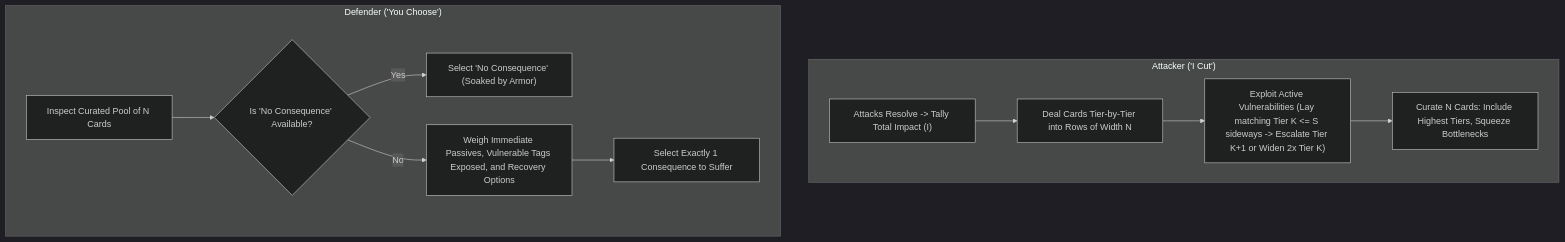
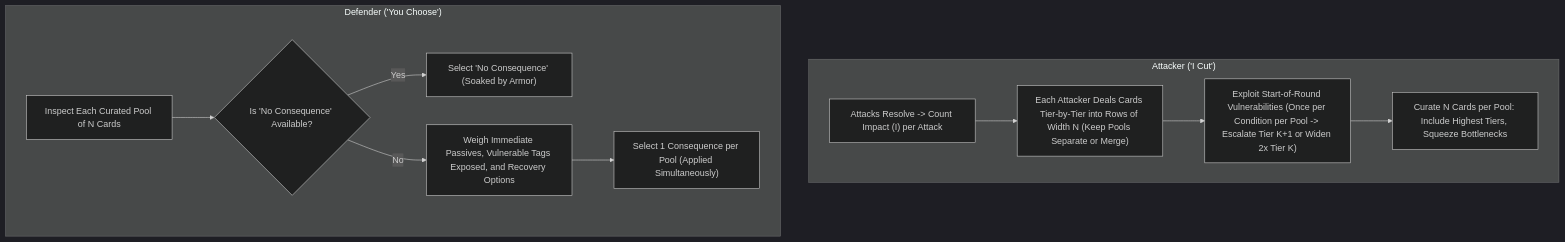
Before and after one commit to tdimiduk/cardpg: the diagram in design/iteration/resolution/candidates/consequence-pool-tag-escalation/players-guide-patch.md, drawn with Mermaid (dark theme). The commit also changed other lines of this file and 4 other files, not shown here.

````diff
--- a/design/iteration/resolution/candidates/consequence-pool-tag-escalation/players-guide-patch.md
+++ b/design/iteration/resolution/candidates/consequence-pool-tag-escalation/players-guide-patch.md
@@ -117,15 +116,15 @@
 ```mermaid
 flowchart TD
     subgraph Attacker Decision ["Attacker ('I Cut')"]
-        A1["Attacks Resolve -> Tally Total Impact (I)"] --> A2["Deal Cards Tier-by-Tier into Rows of Width N"]
-        A2 --> A3["Exploit Active Vulnerabilities (Lay matching Tier K <= S sideways -> Escalate Tier K+1 or Widen 2x Tier K)"]
-        A3 --> A4["Curate N Cards: Include Highest Tiers, Squeeze Bottlenecks"]
+        A1["Attacks Resolve -> Count Impact (I) per Attack"] --> A2["Each Attacker Deals Cards Tier-by-Tier into Rows of Width N (Keep Pools Separate or Merge)"]
+        A2 --> A3["Exploit Start-of-Round Vulnerabilities (Once per Condition per Pool -> Escalate Tier K+1 or Widen 2x Tier K)"]
+        A3 --> A4["Curate N Cards per Pool: Include Highest Tiers, Squeeze Bottlenecks"]
     end
 
     subgraph Defender Decision ["Defender ('You Choose')"]
-        D1["Inspect Curated Pool of N Cards"] --> D2{"Is 'No Consequence' Available?"}
+        D1["Inspect Each Curated Pool of N Cards"] --> D2{"Is 'No Consequence' Available?"}
         D2 -- Yes --> D3["Select 'No Consequence' (Soaked by Armor)"]
         D2 -- No --> D4["Weigh Immediate Passives, Vulnerable Tags Exposed, and Recovery Options"]
-        D4 --> D5["Select Exactly 1 Consequence to Suffer"]
+        D4 --> D5["Select 1 Consequence per Pool (Applied Simultaneously)"]
     end
 ```
````
